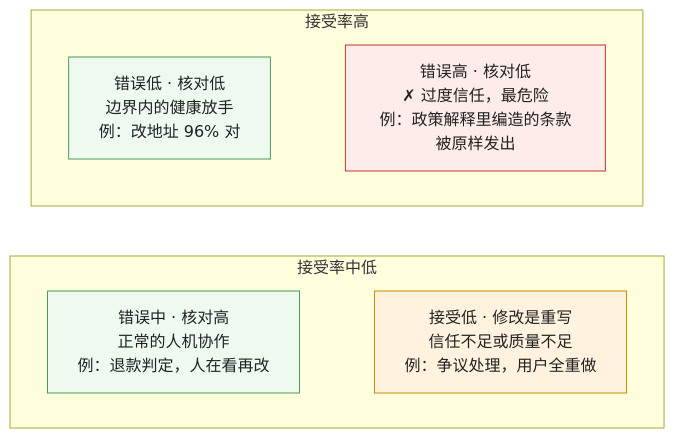
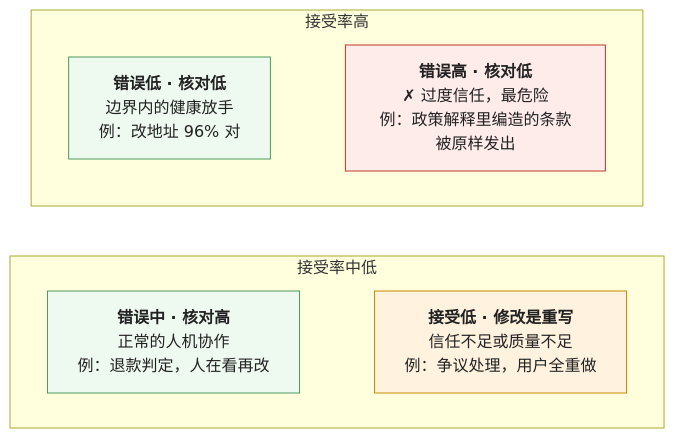
One commit to arganzheng/arganzheng.github.com changed the third of 5 diagrams in _posts/2026-11-18-human-ai-division-of-labor-and-trust-calibration.md. Above: the diagram before and after it, drawn with Mermaid. The commit also changed other lines of this file and 5 other files, not shown here.

First line of the commit message:
产品与体验：把不确定的能力做成可信的产品：Mermaid 多行方框的首行标为标题（6 篇）

````diff
--- a/_posts/2026-11-18-human-ai-division-of-labor-and-trust-calibration.md
+++ b/_posts/2026-11-18-human-ai-division-of-labor-and-trust-calibration.md
@@ -99,19 +99,19 @@
 ```mermaid
 %% 图：按任务类型把接受率、错误率、核对率放进四个象限——接受高 · 错误低 · 核对低是边界内的健康放手（改地址）；接受中 · 错误中 · 核对高是正常的人机协作（退款判定，人在看）；接受低 · 错误任意是信任不足或质量不足（争议处理，用户全重写）；接受高 · 错误高 · 核对低是过度信任的位置（政策解释里编造的条款被原样发出），最危险
 flowchart TB
     subgraph HI["接受率高"]
         direction LR
-        A["错误低 · 核对低<br/>边界内的健康放手<br/>例：改地址 96% 对"] ~~~ B["错误高 · 核对低<br/>✗ 过度信任，最危险<br/>例：政策解释里编造的条款被原样发出"]
+        A["<b>错误低 · 核对低</b><br/>边界内的健康放手<br/>例：改地址 96% 对"] ~~~ B["<b>错误高 · 核对低</b><br/>✗ 过度信任，最危险<br/>例：政策解释里编造的条款被原样发出"]
     end
     subgraph LO["接受率中低"]
         direction LR
-        C["错误中 · 核对高<br/>正常的人机协作<br/>例：退款判定，人在看再改"] ~~~ D["接受低 · 修改是重写<br/>信任不足或质量不足<br/>例：争议处理，用户全重做"]
+        C["<b>错误中 · 核对高</b><br/>正常的人机协作<br/>例：退款判定，人在看再改"] ~~~ D["<b>接受低 · 修改是重写</b><br/>信任不足或质量不足<br/>例：争议处理，用户全重做"]
     end
     HI ~~~ LO
     classDef ok fill:#eefaf0,stroke:#4d9a5c,color:#222
     classDef bad fill:#fdecea,stroke:#c0392b,color:#222
     classDef warn fill:#fff3e0,stroke:#c98a00,color:#222
     class A,C ok
     class B bad
     class D warn
 ```
````
